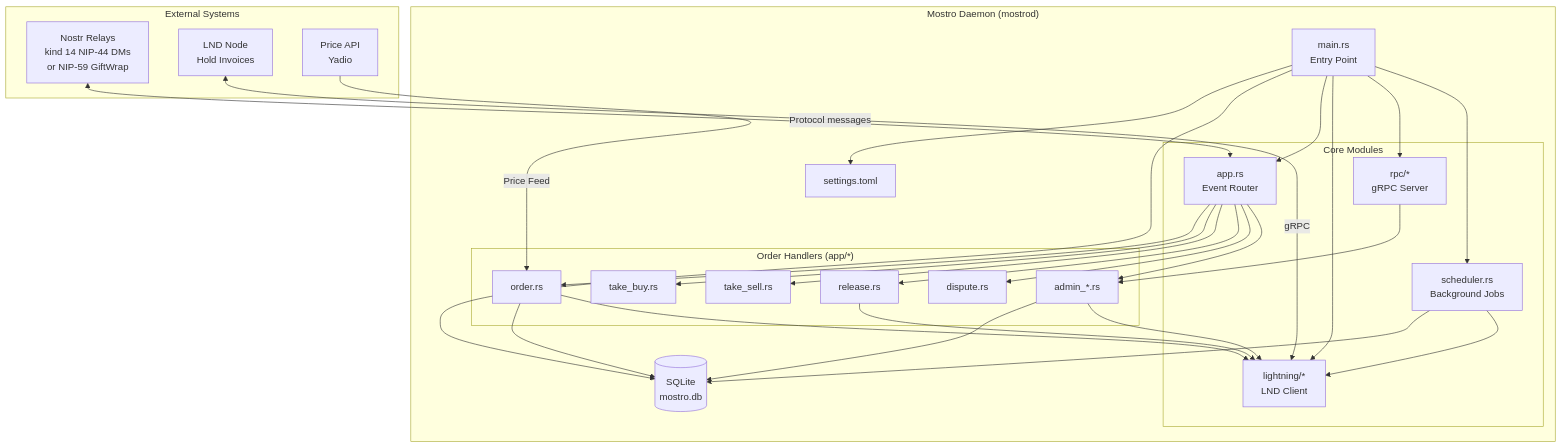
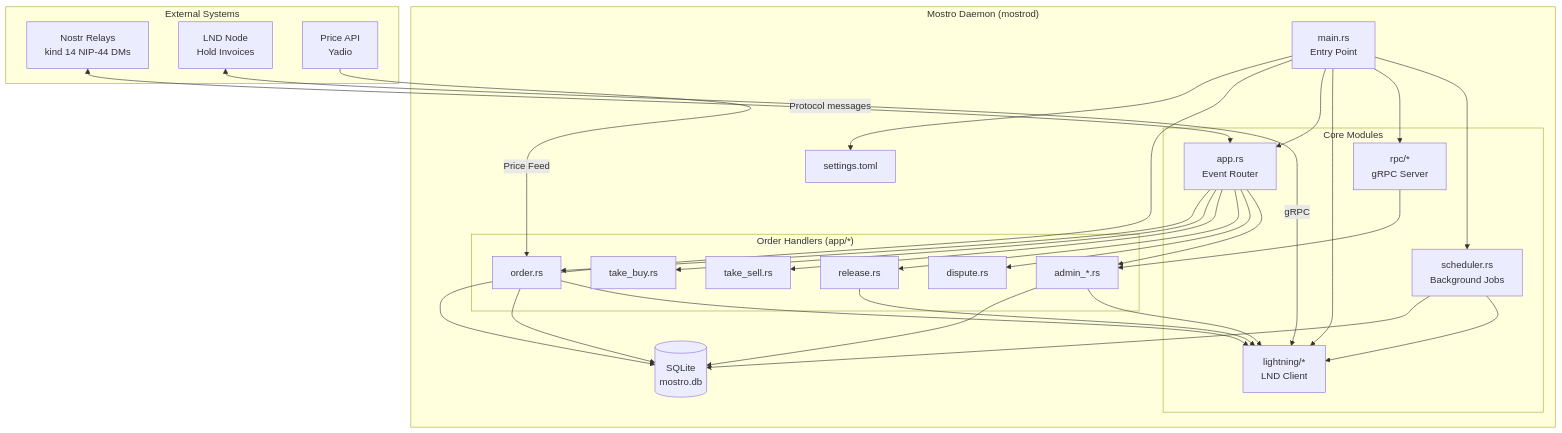
One commit to MostroP2P/mostro changed the fourth of 4 diagrams in README.md. Above: the diagram before and after it, drawn with Mermaid. The commit also changed other lines of this file and 17 other files, not shown here.

First line of the commit message:
feat!: remove protocol v1 (gift wrap)

````diff
--- a/README.md
+++ b/README.md
@@ -317,60 +309,60 @@
 ```mermaid
 flowchart TB
     subgraph "External Systems"
-        Nostr[Nostr Relays<br/>kind 14 NIP-44 DMs<br/>or NIP-59 GiftWrap]
+        Nostr[Nostr Relays<br/>kind 14 NIP-44 DMs]
         LND[LND Node<br/>Hold Invoices]
         API[Price API<br/>Yadio]
     end
 
     subgraph "Mostro Daemon (mostrod)"
         Main[main.rs<br/>Entry Point]
 
         subgraph "Core Modules"
             App[app.rs<br/>Event Router]
             Lightning[lightning/*<br/>LND Client]
             RPC[rpc/*<br/>gRPC Server]
             Scheduler[scheduler.rs<br/>Background Jobs]
         end
 
         subgraph "Order Handlers (app/*)"
             Order[order.rs]
             TakeBuy[take_buy.rs]
             TakeSell[take_sell.rs]
             Release[release.rs]
             Dispute[dispute.rs]
             Admin[admin_*.rs]
         end
 
         DB[(SQLite<br/>mostro.db)]
         Config[settings.toml]
     end
 
     Nostr <-->|Protocol messages| App
     LND <-->|gRPC| Lightning
     API -->|Price Feed| Order
 
     Main --> Config
     Main --> DB
     Main --> App
     Main --> Lightning
     Main --> RPC
     Main --> Scheduler
 
     App --> Order
     App --> TakeBuy
     App --> TakeSell
     App --> Release
     App --> Dispute
     App --> Admin
 
     Order --> DB
     Order --> Lightning
     Release --> Lightning
     Admin --> DB
     Admin --> Lightning
 
     Scheduler --> DB
     Scheduler --> Lightning
 
     RPC --> Admin
 ```
````
